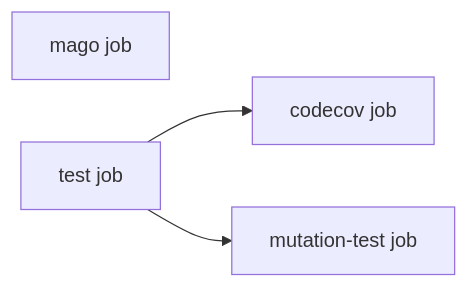
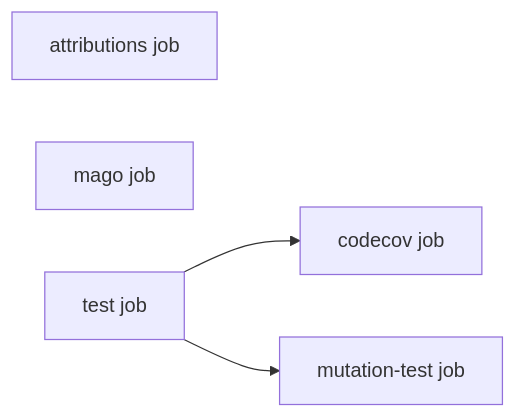
One commit to contenir/contenir-qa-tools changed the diagram in docs/workflow-architecture.md. Above: the diagram before and after it, drawn with Mermaid. The commit also changed other lines of this file and 6 other files, not shown here.

````diff
--- a/docs/workflow-architecture.md
+++ b/docs/workflow-architecture.md
@@ -13,6 +18,7 @@
 ```mermaid
 graph LR
+    attributions[attributions job]
     mago[mago job]
     test[test job] --> codecov[codecov job]
     test --> infection[mutation-test job]
 ```
````
